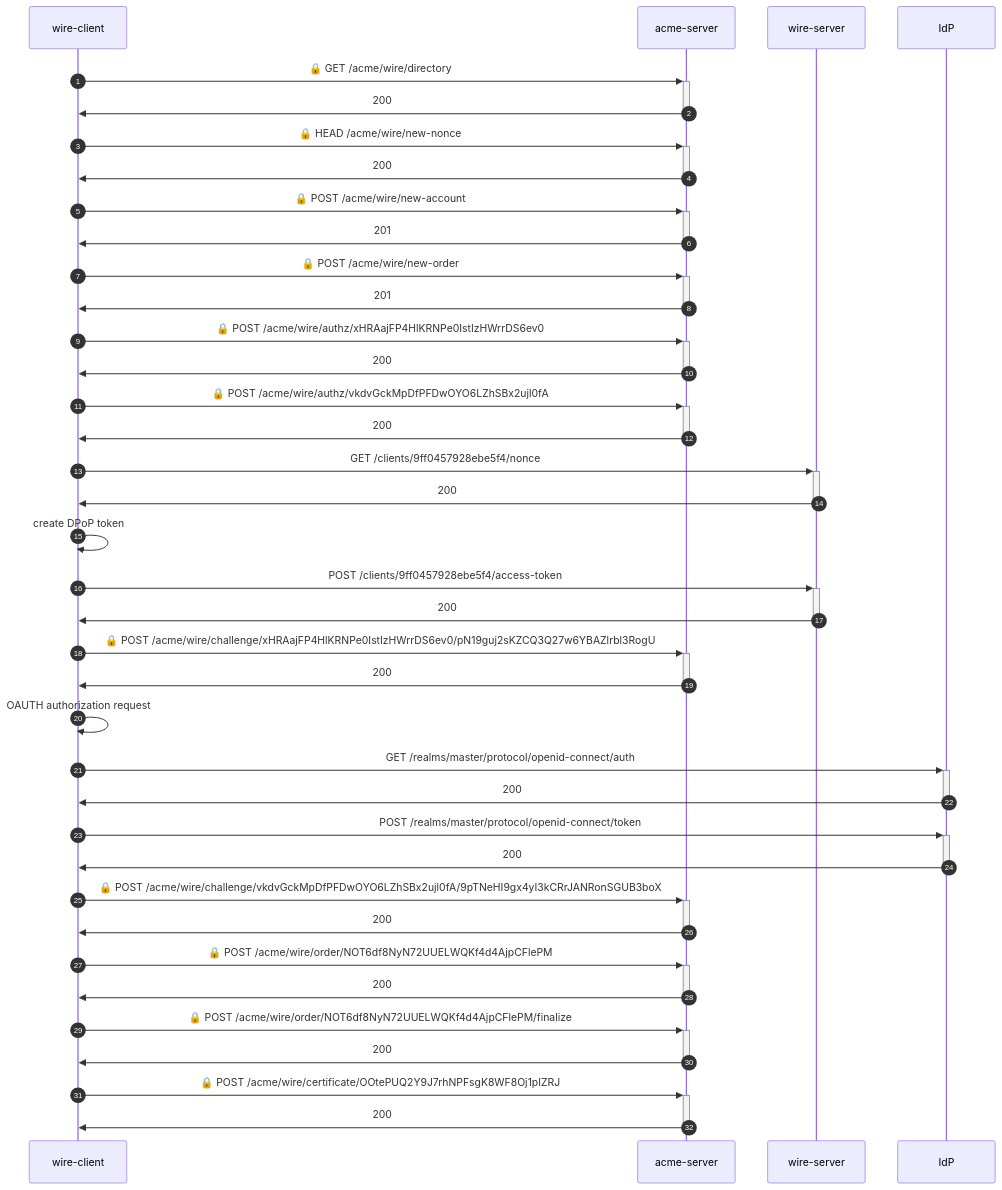
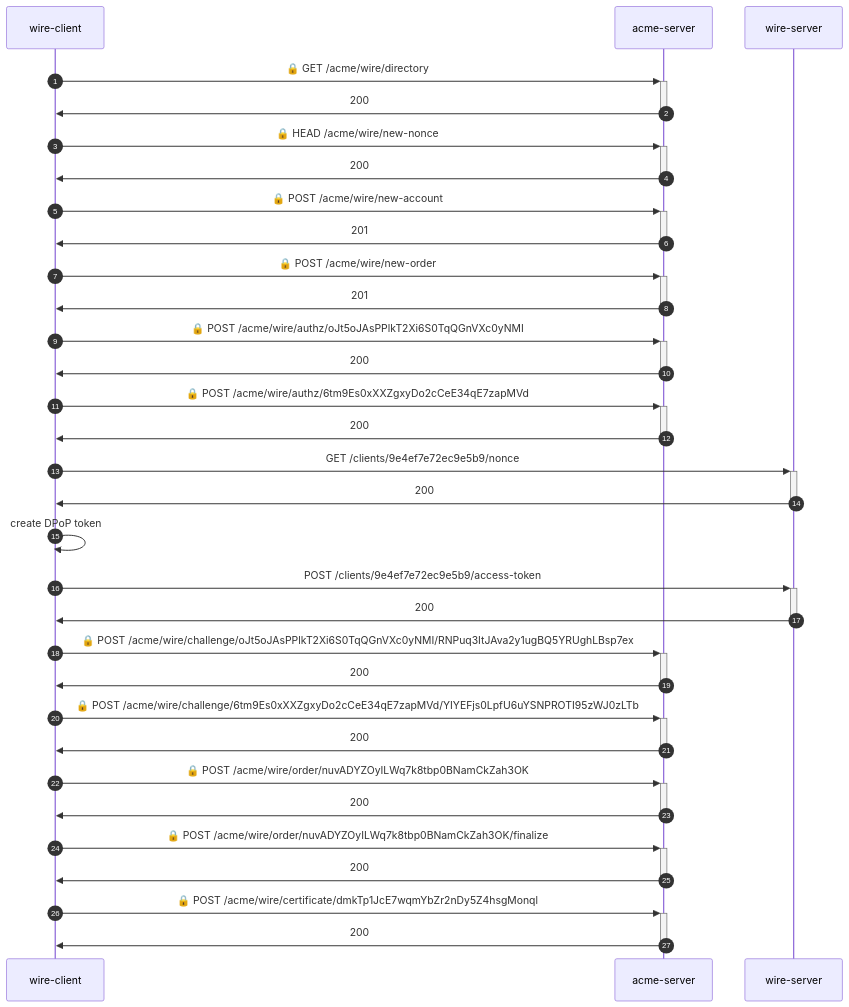
One commit to wireapp/core-crypto changed the diagram in e2e-identity/README.md. Above: the diagram before and after it, drawn with Mermaid. The commit also changed other lines of this file, not shown here.

````diff
--- a/e2e-identity/README.md
+++ b/e2e-identity/README.md
@@ -5,36 +5,31 @@
 ```mermaid
 sequenceDiagram
     autonumber
     wire-client->>+acme-server: 🔒 GET /acme/wire/directory
     acme-server->>-wire-client: 200
     wire-client->>+acme-server: 🔒 HEAD /acme/wire/new-nonce
     acme-server->>-wire-client: 200
     wire-client->>+acme-server: 🔒 POST /acme/wire/new-account
     acme-server->>-wire-client: 201
     wire-client->>+acme-server: 🔒 POST /acme/wire/new-order
     acme-server->>-wire-client: 201
-    wire-client->>+acme-server: 🔒 POST /acme/wire/authz/xHRAajFP4HlKRNPe0IstIzHWrrDS6ev0
+    wire-client->>+acme-server: 🔒 POST /acme/wire/authz/oJt5oJAsPPlkT2Xi6S0TqQGnVXc0yNMI
     acme-server->>-wire-client: 200
-    wire-client->>+acme-server: 🔒 POST /acme/wire/authz/vkdvGckMpDfPFDwOYO6LZhSBx2ujl0fA
+    wire-client->>+acme-server: 🔒 POST /acme/wire/authz/6tm9Es0xXXZgxyDo2cCeE34qE7zapMVd
     acme-server->>-wire-client: 200
-    wire-client->>+wire-server:  GET /clients/9ff0457928ebe5f4/nonce
+    wire-client->>+wire-server:  GET /clients/9e4ef7e72ec9e5b9/nonce
     wire-server->>-wire-client: 200
     wire-client->>wire-client: create DPoP token
-    wire-client->>+wire-server:  POST /clients/9ff0457928ebe5f4/access-token
+    wire-client->>+wire-server:  POST /clients/9e4ef7e72ec9e5b9/access-token
     wire-server->>-wire-client: 200
-    wire-client->>+acme-server: 🔒 POST /acme/wire/challenge/xHRAajFP4HlKRNPe0IstIzHWrrDS6ev0/pN19guj2sKZCQ3Q27w6YBAZlrbl3RogU
+    wire-client->>+acme-server: 🔒 POST /acme/wire/challenge/oJt5oJAsPPlkT2Xi6S0TqQGnVXc0yNMI/RNPuq3ItJAva2y1ugBQ5YRUghLBsp7ex
     acme-server->>-wire-client: 200
-    wire-client->>wire-client: OAUTH authorization request
-    wire-client->>+IdP:  GET /realms/master/protocol/openid-connect/auth
-    IdP->>-wire-client: 200
-    wire-client->>+IdP:  POST /realms/master/protocol/openid-connect/token
-    IdP->>-wire-client: 200
-    wire-client->>+acme-server: 🔒 POST /acme/wire/challenge/vkdvGckMpDfPFDwOYO6LZhSBx2ujl0fA/9pTNeHI9gx4yI3kCRrJANRonSGUB3boX
+    wire-client->>+acme-server: 🔒 POST /acme/wire/challenge/6tm9Es0xXXZgxyDo2cCeE34qE7zapMVd/YIYEFjs0LpfU6uYSNPROTI95zWJ0zLTb
     acme-server->>-wire-client: 200
-    wire-client->>+acme-server: 🔒 POST /acme/wire/order/NOT6df8NyN72UUELWQKf4d4AjpCFlePM
+    wire-client->>+acme-server: 🔒 POST /acme/wire/order/nuvADYZOyILWq7k8tbp0BNamCkZah3OK
     acme-server->>-wire-client: 200
-    wire-client->>+acme-server: 🔒 POST /acme/wire/order/NOT6df8NyN72UUELWQKf4d4AjpCFlePM/finalize
+    wire-client->>+acme-server: 🔒 POST /acme/wire/order/nuvADYZOyILWq7k8tbp0BNamCkZah3OK/finalize
     acme-server->>-wire-client: 200
-    wire-client->>+acme-server: 🔒 POST /acme/wire/certificate/OOtePUQ2Y9J7rhNPFsgK8WF8Oj1pIZRJ
+    wire-client->>+acme-server: 🔒 POST /acme/wire/certificate/dmkTp1JcE7wqmYbZr2nDy5Z4hsgMonql
     acme-server->>-wire-client: 200
 ```
````
